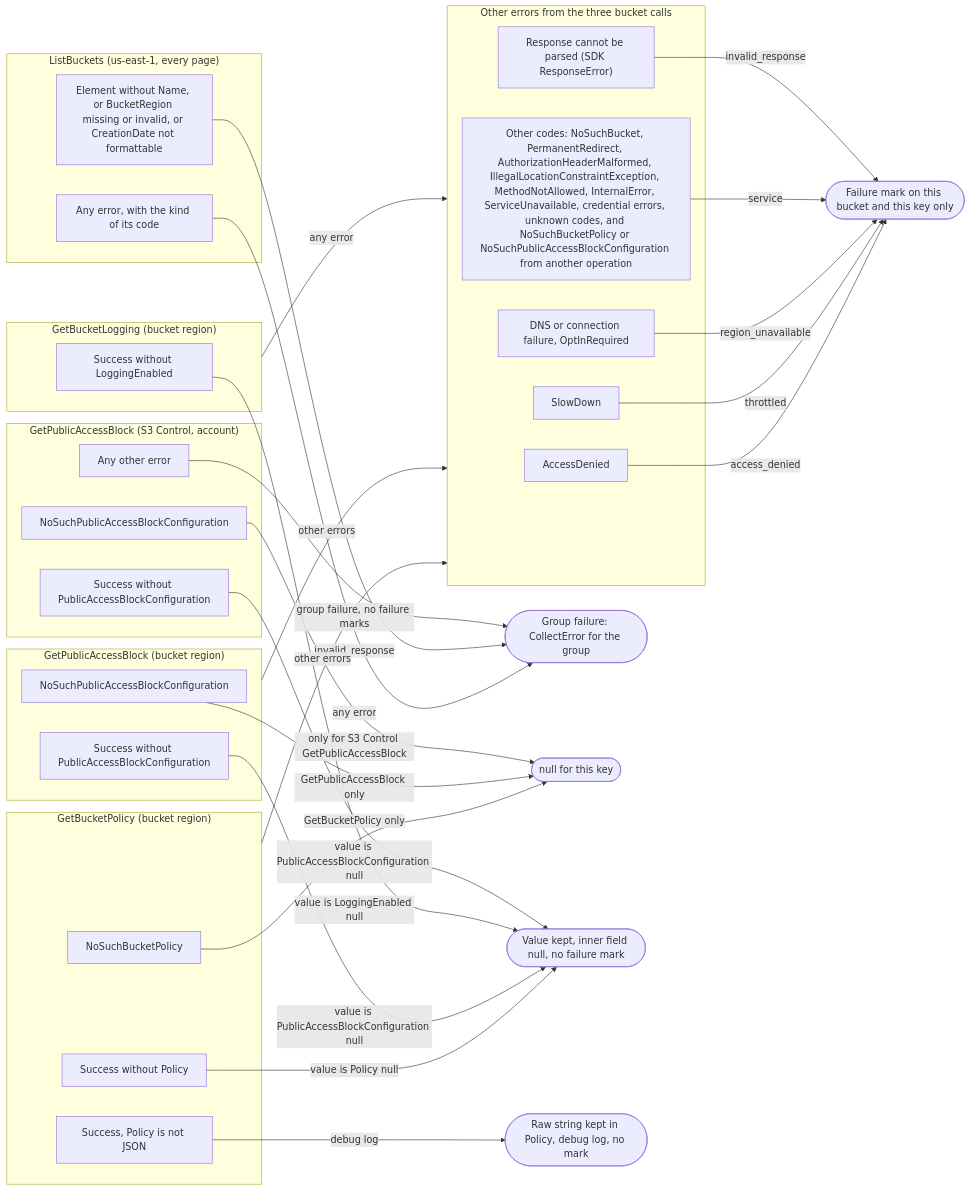
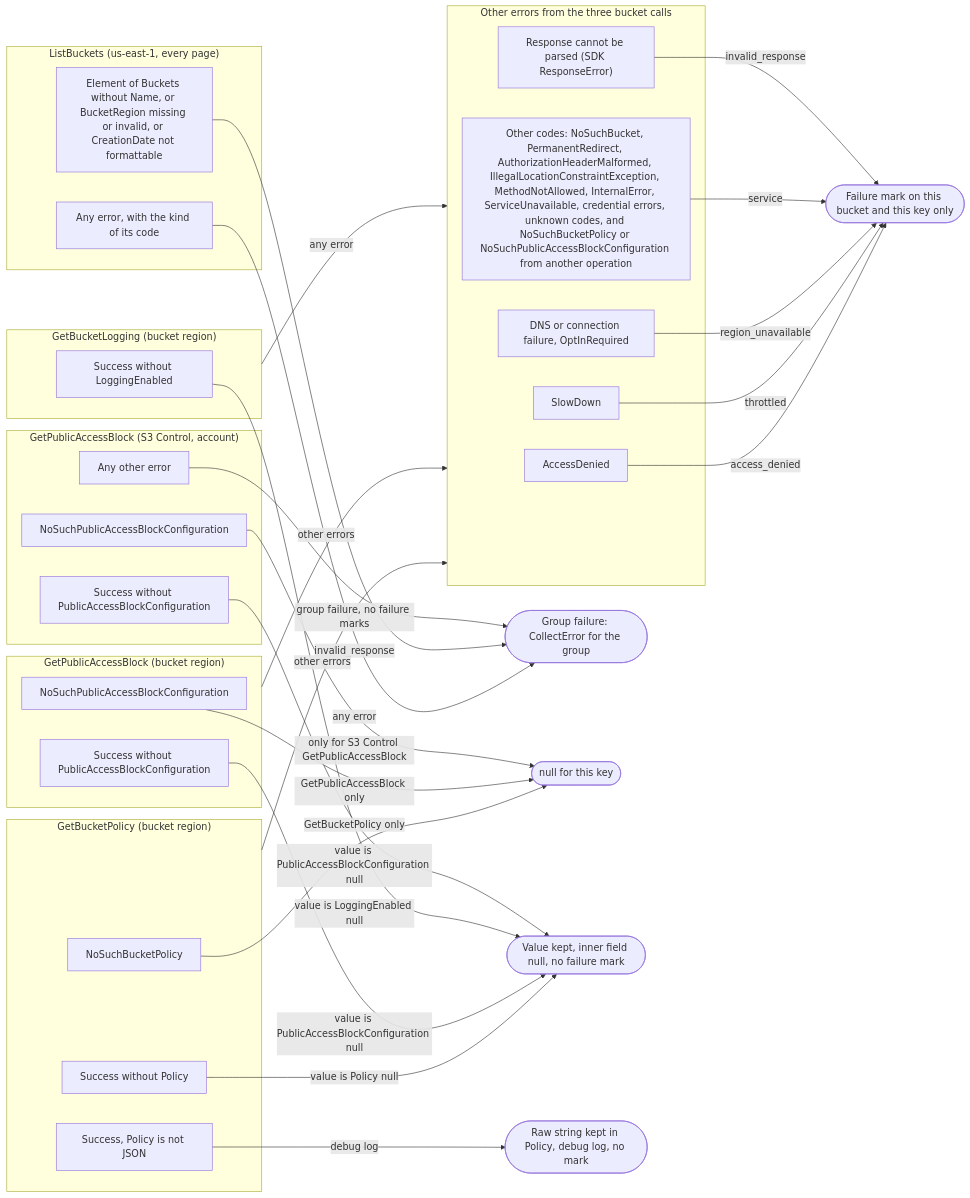
The diagram in docs/diagrams/Diagram-0014-S3-Error-Routing.md (morryyrrom/yata-cli), drawn with Mermaid before and after one commit. The commit also changed 3 other files, not shown here.

````diff
--- a/docs/diagrams/Diagram-0014-S3-Error-Routing.md
+++ b/docs/diagrams/Diagram-0014-S3-Error-Routing.md
@@ -3,68 +3,68 @@
 ```mermaid
 flowchart LR
     GF(["Group failure: CollectError for the group"])
     MK(["Failure mark on this bucket and this key only"])
     NL(["null for this key"])
     VK(["Value kept, inner field null, no failure mark"])
     RAW(["Raw string kept in Policy, debug log, no mark"])
 
     subgraph LB["ListBuckets (us-east-1, every page)"]
         L1["Any error, with the kind of its code"]
-        L2["Element without Name, or BucketRegion missing or invalid, or CreationDate not formattable"]
+        L2["Element of Buckets without Name, or BucketRegion missing or invalid, or CreationDate not formattable"]
     end
 
     subgraph GP["GetBucketPolicy (bucket region)"]
         P1["NoSuchBucketPolicy"]
         P2["Success without Policy"]
         P3["Success, Policy is not JSON"]
     end
 
     subgraph GA["GetPublicAccessBlock (bucket region)"]
         A1["NoSuchPublicAccessBlockConfiguration"]
         A2["Success without PublicAccessBlockConfiguration"]
     end
 
     subgraph GL["GetBucketLogging (bucket region)"]
         G1["Success without LoggingEnabled"]
     end
 
     subgraph CM["Other errors from the three bucket calls"]
         C1["AccessDenied"]
         C2["SlowDown"]
         C3["DNS or connection failure, OptInRequired"]
         C4["Other codes: NoSuchBucket, PermanentRedirect, AuthorizationHeaderMalformed, IllegalLocationConstraintException, MethodNotAllowed, InternalError, ServiceUnavailable, credential errors, unknown codes, and NoSuchBucketPolicy or NoSuchPublicAccessBlockConfiguration from another operation"]
         C5["Response cannot be parsed (SDK ResponseError)"]
     end
 
     subgraph SC["GetPublicAccessBlock (S3 Control, account)"]
         S1["NoSuchPublicAccessBlockConfiguration"]
         S2["Any other error"]
         S3["Success without PublicAccessBlockConfiguration"]
     end
 
     L1 -->|"any error"| GF
     L2 -->|"invalid_response"| GF
 
     P1 -->|"GetBucketPolicy only"| NL
     P2 -->|"value is Policy null"| VK
     P3 -->|"debug log"| RAW
 
     A1 -->|"GetPublicAccessBlock only"| NL
     A2 -->|"value is PublicAccessBlockConfiguration null"| VK
 
     G1 -->|"value is LoggingEnabled null"| VK
 
     GP -->|"other errors"| CM
     GA -->|"other errors"| CM
     GL -->|"any error"| CM
 
     C1 -->|"access_denied"| MK
     C2 -->|"throttled"| MK
     C3 -->|"region_unavailable"| MK
     C4 -->|"service"| MK
     C5 -->|"invalid_response"| MK
 
     S1 -->|"only for S3 Control GetPublicAccessBlock"| NL
     S2 -->|"group failure, no failure marks"| GF
     S3 -->|"value is PublicAccessBlockConfiguration null"| VK
 ```
````
